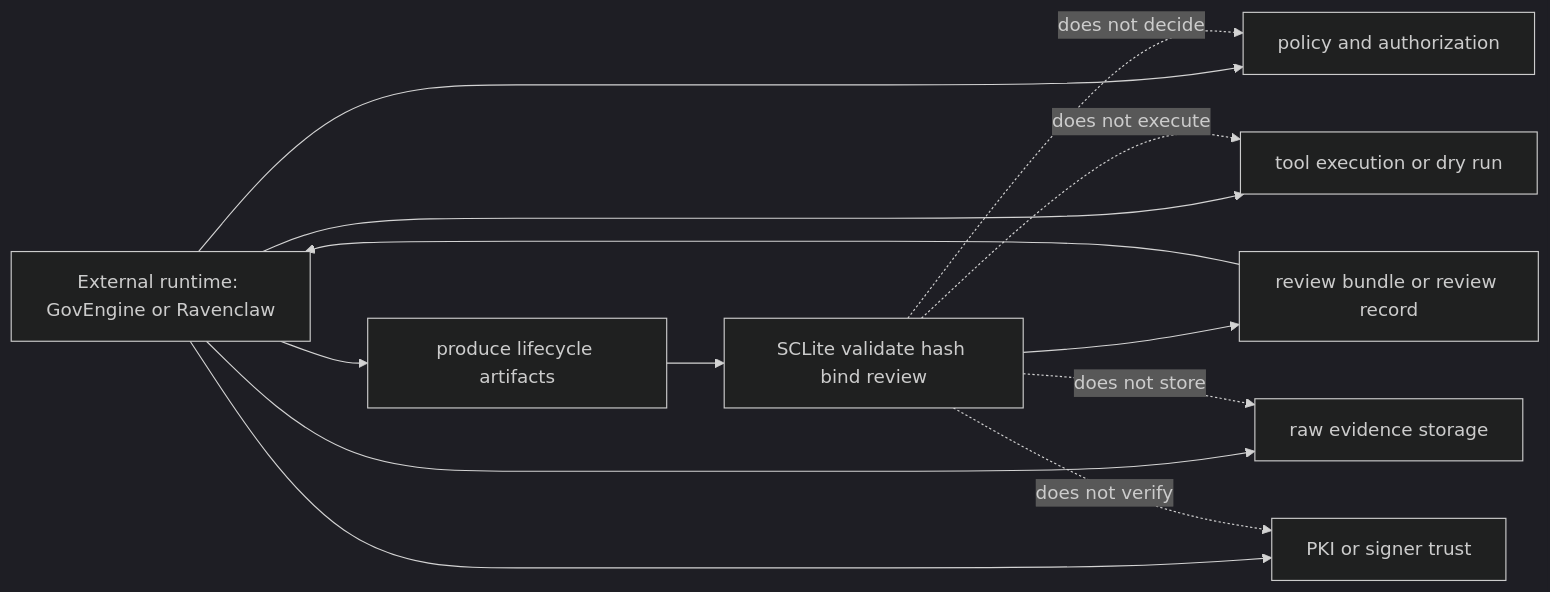
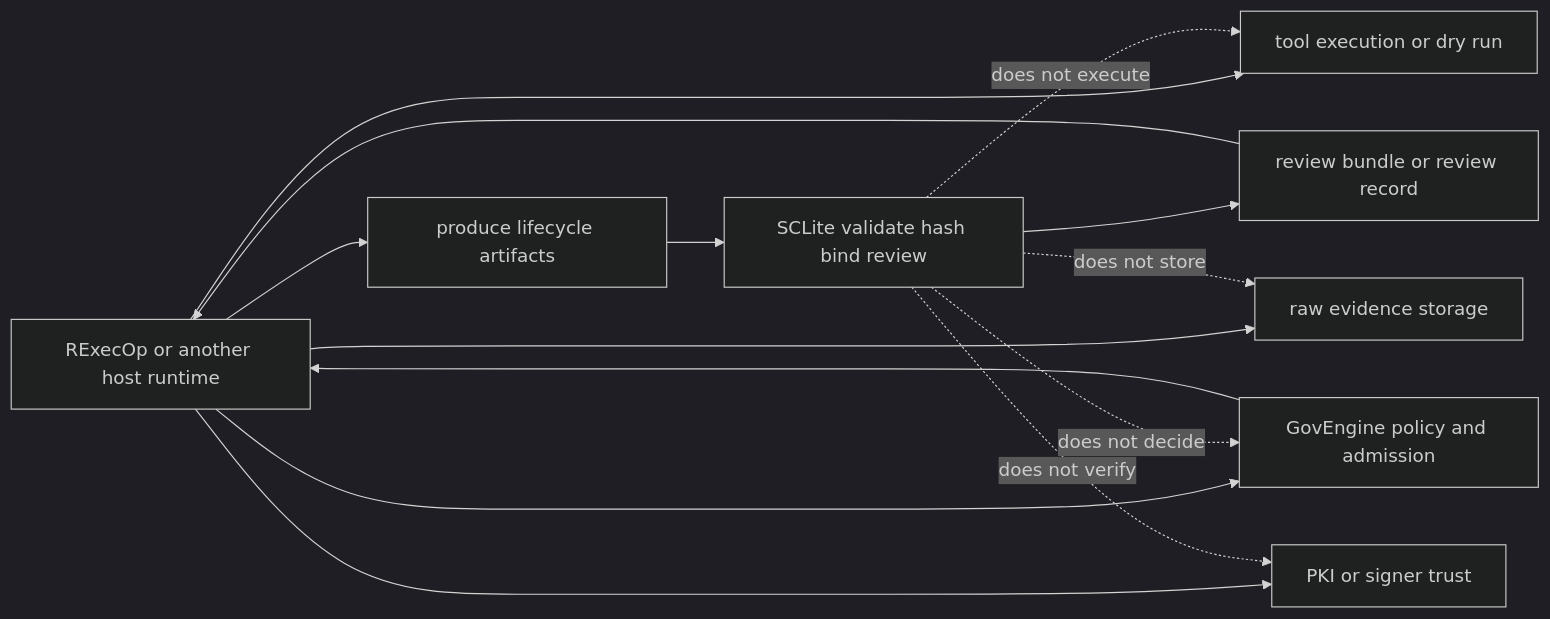
One commit to rozmiarD/SCLite changed the diagram in docs/INTEGRATION_GUIDE.md. Above: the diagram before and after it, drawn with Mermaid (dark theme). The commit also changed other lines of this file and 7 other files, not shown here.

Commit message:
Align current GovEngine integration docs

````diff
--- a/docs/INTEGRATION_GUIDE.md
+++ b/docs/INTEGRATION_GUIDE.md
@@ -20,17 +20,18 @@
 ```mermaid
 flowchart LR
-    Runtime[External runtime: GovEngine or Ravenclaw] --> Produce[produce lifecycle artifacts]
+    Runtime[RExecOp or another host runtime] --> Produce[produce lifecycle artifacts]
+    Runtime --> Governance[GovEngine policy and admission]
+    Governance --> Runtime
     Produce --> SCLite[SCLite validate hash bind review]
     SCLite --> Bundle[review bundle or review record]
     Bundle --> Runtime
 
-    Runtime --> Policy[policy and authorization]
     Runtime --> Runner[tool execution or dry run]
     Runtime --> RawEvidence[raw evidence storage]
     Runtime --> Trust[PKI or signer trust]
 
-    SCLite -. does not decide .-> Policy
+    SCLite -. does not decide .-> Governance
     SCLite -. does not execute .-> Runner
     SCLite -. does not store .-> RawEvidence
     SCLite -. does not verify .-> Trust
 ```
````
